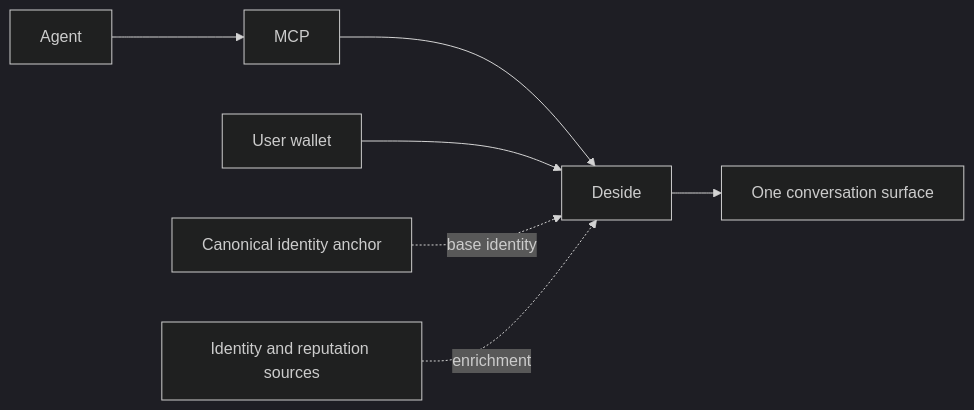
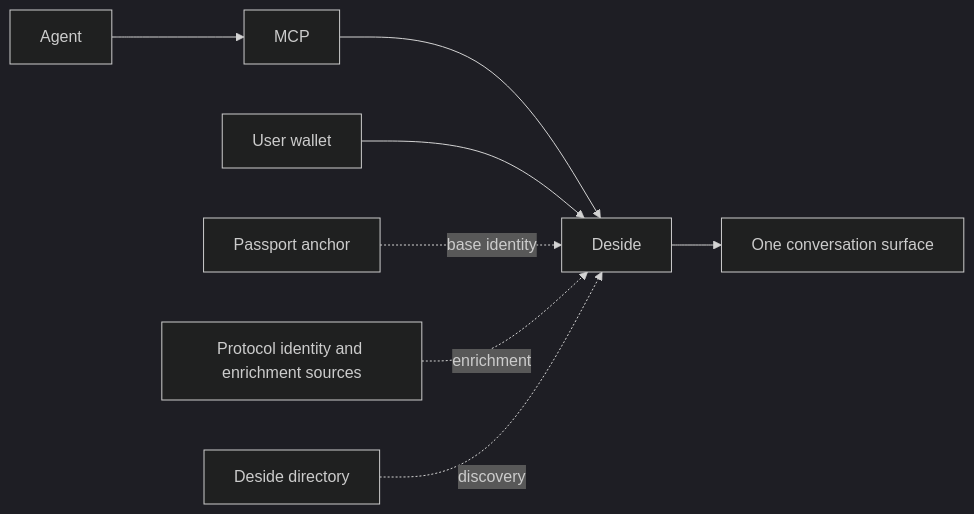
The diagram in README.md (DesideApp/deside-app), drawn with Mermaid (dark theme) before and after one commit. The commit also changed other lines of this file and 4 other files, not shown here.

````diff
--- a/README.md
+++ b/README.md
@@ -47,9 +48,10 @@
 ```mermaid
 flowchart LR
     A[Agent] --> M[MCP]
     M --> D[Deside]
     U[User wallet] --> D
-    I[Canonical identity anchor] -. base identity .-> D
-    E[Identity and reputation sources] -. enrichment .-> D
+    I[Passport anchor] -. base identity .-> D
+    E[Protocol identity and enrichment sources] -. enrichment .-> D
+    X[Deside directory] -. discovery .-> D
     D --> C[One conversation surface]
 ```
````
